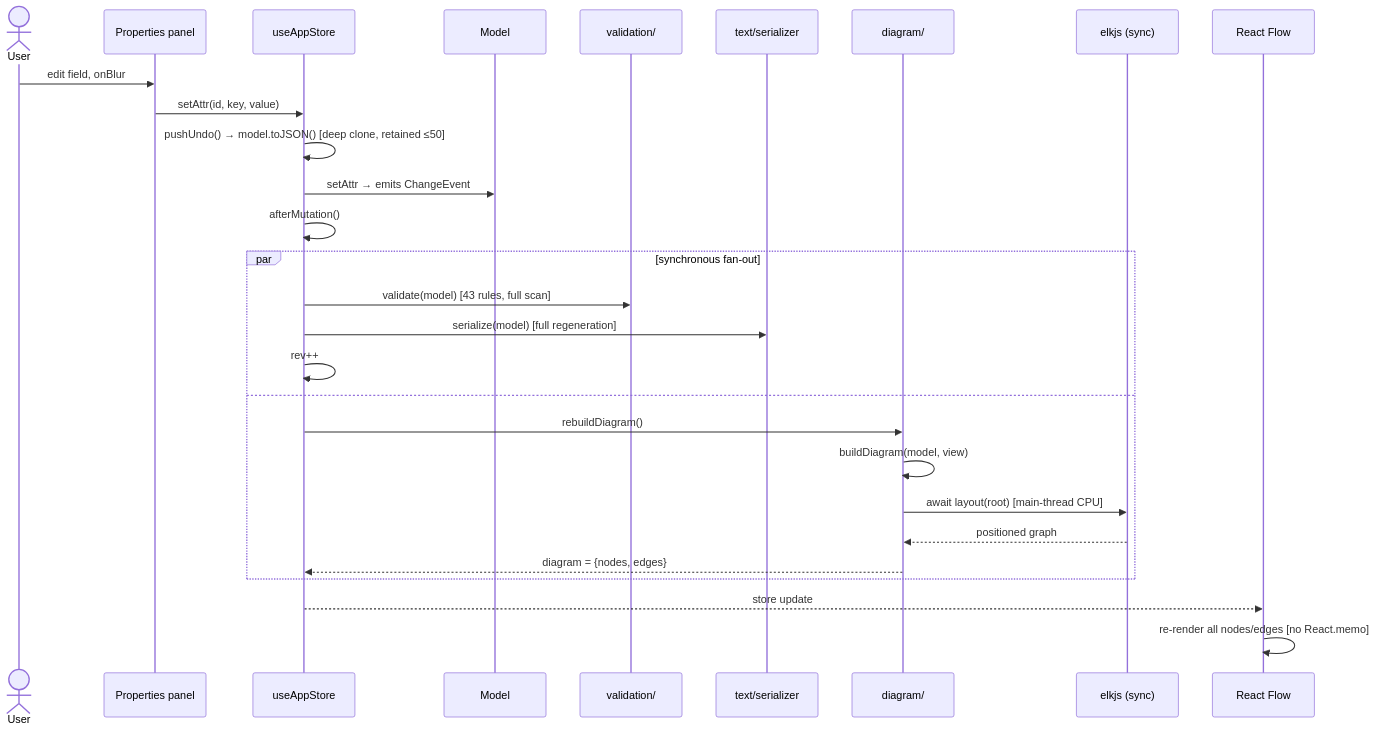
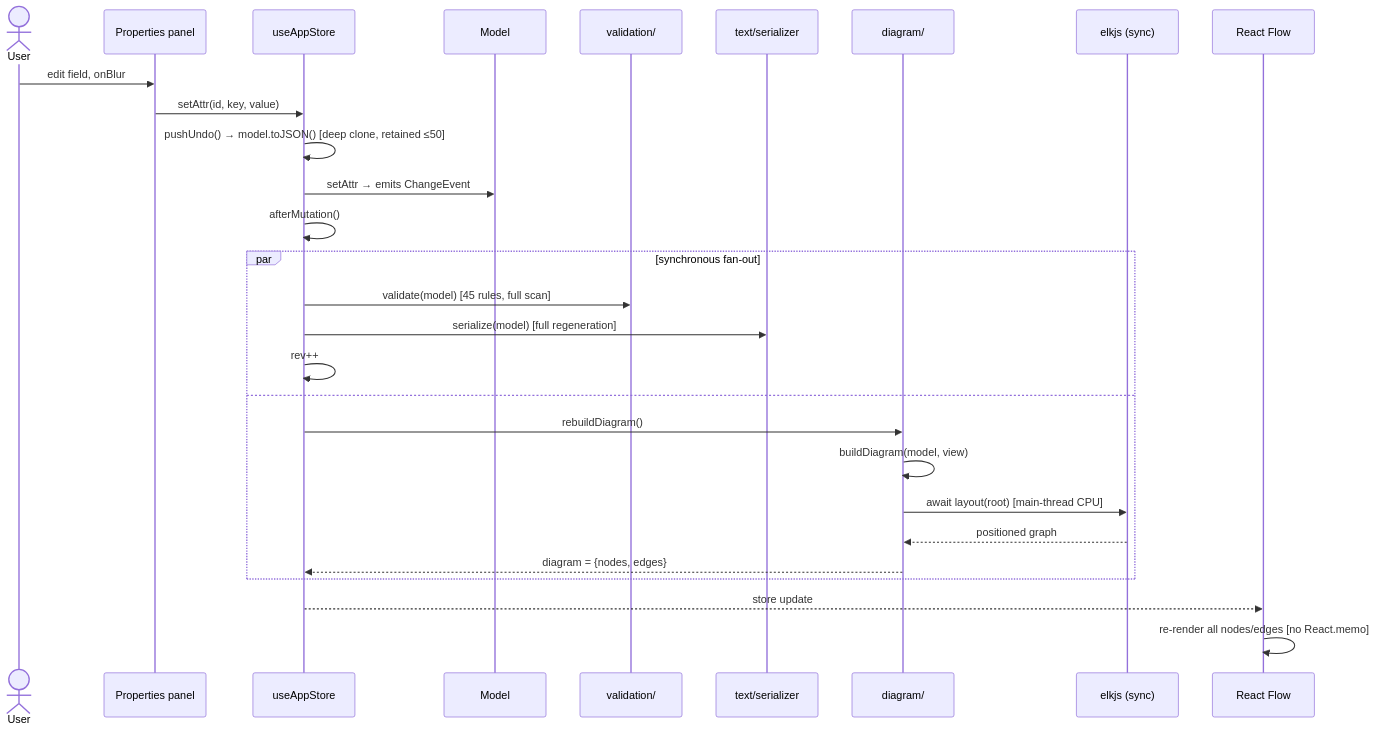
One commit to cosmindxu/sysprose changed the second of 8 diagrams in docs/architecture/06-sequence-diagrams.md. Above: the diagram before and after it, drawn with Mermaid. The commit also changed 13 other files, not shown here.

First line of the commit message:
Interfaces: exchange-unallocated (a crossing flow no connection carries, §20.4) and functional-port-realisation (allocate fn.p to a port, §20.3)

````diff
--- a/docs/architecture/06-sequence-diagrams.md
+++ b/docs/architecture/06-sequence-diagrams.md
@@ -30,31 +30,31 @@
 ```mermaid
 sequenceDiagram
     actor U as User
     participant P as Properties panel
     participant S as useAppStore
     participant M as Model
     participant V as validation/
     participant T as text/serializer
     participant D as diagram/
     participant ELK as elkjs (sync)
     participant RF as React Flow
 
     U->>P: edit field, onBlur
     P->>S: setAttr(id, key, value)
     S->>S: pushUndo() → model.toJSON() [deep clone, retained ≤50]
     S->>M: setAttr → emits ChangeEvent
     S->>S: afterMutation()
     par synchronous fan-out
-        S->>V: validate(model) [43 rules, full scan]
+        S->>V: validate(model) [45 rules, full scan]
         S->>T: serialize(model) [full regeneration]
         S->>S: rev++
     and
         S->>D: rebuildDiagram()
         D->>D: buildDiagram(model, view)
         D->>ELK: await layout(root) [main-thread CPU]
         ELK-->>D: positioned graph
         D-->>S: diagram = {nodes, edges}
     end
     S-->>RF: store update
     RF->>RF: re-render all nodes/edges [no React.memo]
 ```
````
